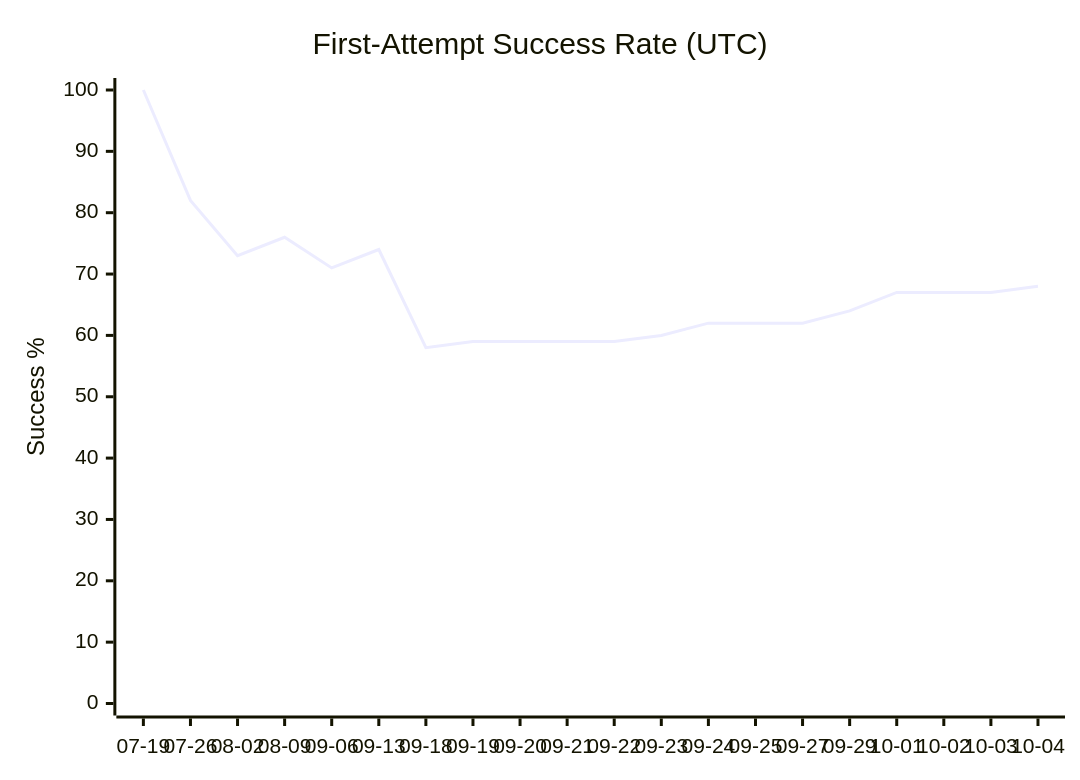
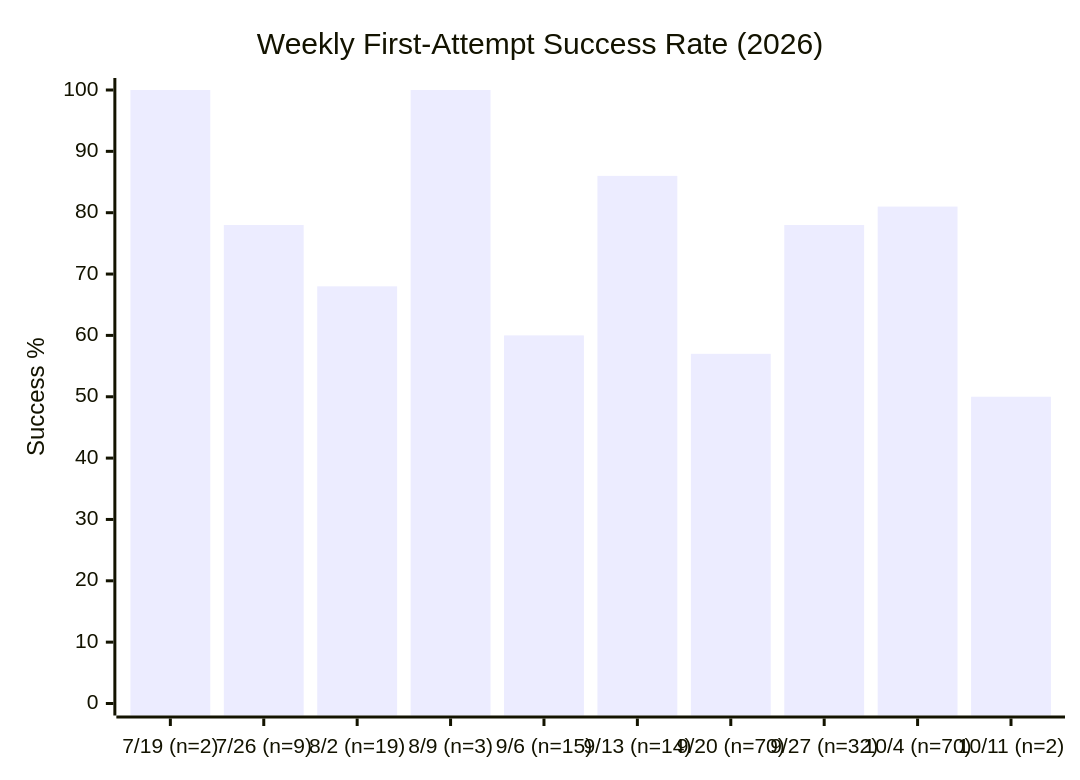
Before and after one commit to Sanctum-Origo-Systems/autoloop: the first of 3 diagrams in EVAL.md, drawn with Mermaid. The commit also changed other lines of this file and 1 other file, not shown here.

````diff
--- a/EVAL.md
+++ b/EVAL.md
@@ -43,7 +65,7 @@
 ```mermaid
 xychart-beta
-    title "First-Attempt Success Rate (UTC)"
-    x-axis ["07-19", "07-26", "08-02", "08-09", "09-06", "09-13", "09-18", "09-19", "09-20", "09-21", "09-22", "09-23", "09-24", "09-25", "09-27", "09-29", "10-01", "10-02", "10-03", "10-04"]
+    title "Weekly First-Attempt Success Rate (2026)"
+    x-axis ["7/19 (n=2)", "7/26 (n=9)", "8/2 (n=19)", "8/9 (n=3)", "9/6 (n=15)", "9/13 (n=14)", "9/20 (n=70)", "9/27 (n=32)", "10/4 (n=70)", "10/11 (n=2)"]
     y-axis "Success %" 0 --> 100
-    line [100, 82, 73, 76, 71, 74, 58, 59, 59, 59, 59, 60, 62, 62, 62, 64, 67, 67, 67, 68]
+    bar [100, 78, 68, 100, 60, 86, 57, 78, 81, 50]
 ```
````
